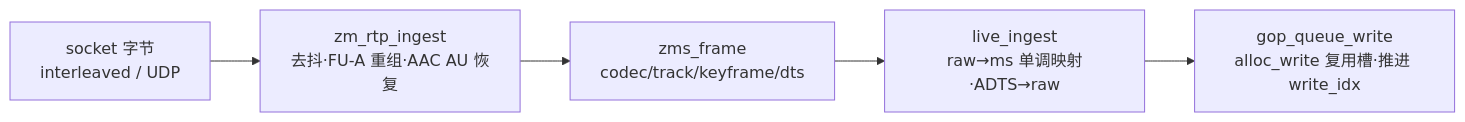
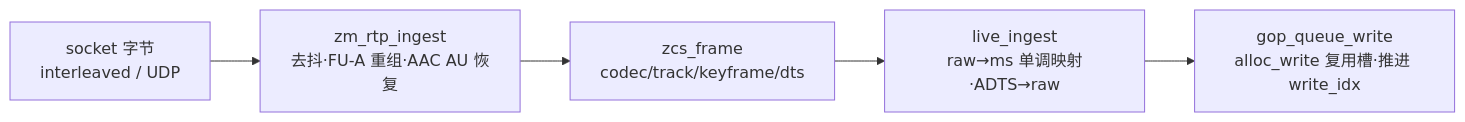
One commit to zero-pipe/zstorage changed the third of 5 diagrams in docs/stream-pipeline.md. Above: the diagram before and after it, drawn with Mermaid. The commit also changed other lines of this file and 761 other files, not shown here.

First line of the commit message:
全局重命名: zms -> zcs (zero cloud storage)

````diff
--- a/docs/stream-pipeline.md
+++ b/docs/stream-pipeline.md
@@ -249,7 +249,7 @@
 ```mermaid
 flowchart LR
   A["socket 字节<br/>interleaved / UDP"] --> B["zm_rtp_ingest<br/>去抖·FU-A 重组·AAC AU 恢复"]
-  B --> C["zms_frame<br/>codec/track/keyframe/dts"]
+  B --> C["zcs_frame<br/>codec/track/keyframe/dts"]
   C --> D["live_ingest<br/>raw→ms 单调映射·ADTS→raw"]
   D --> E["gop_queue_write<br/>alloc_write 复用槽·推进 write_idx"]
 ```
````
